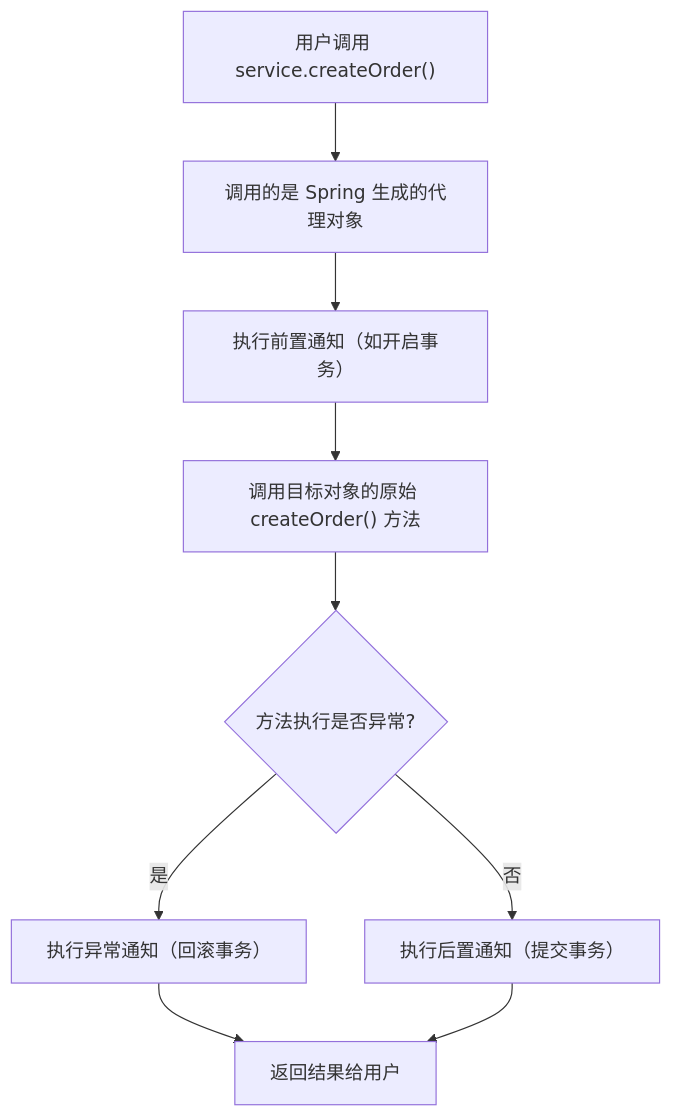
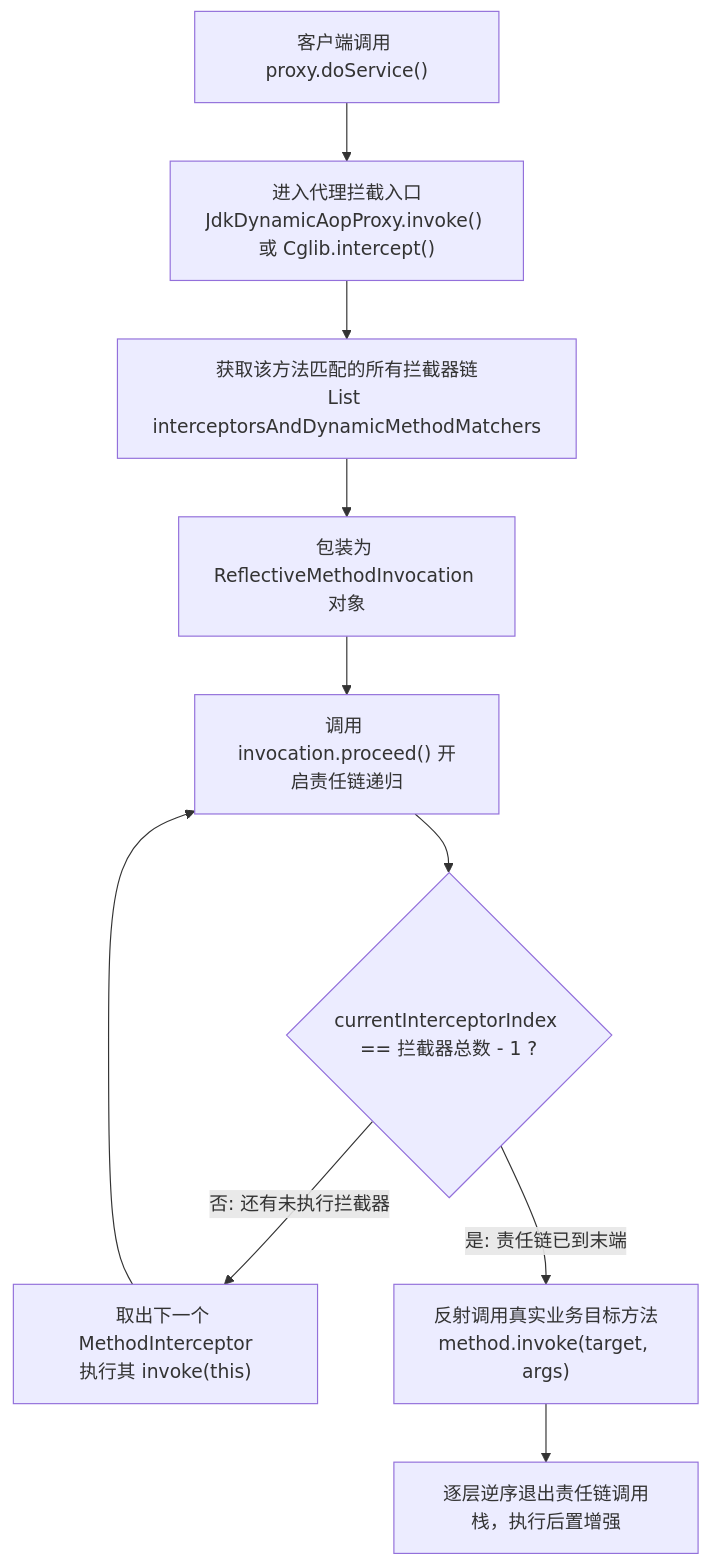
One commit to ldshuihen/Java-Interview-Notes changed the fifth of 15 diagrams in 03-Spring/03-Spring.md. Above: the diagram before and after it, drawn with Mermaid. The commit also changed other lines of this file and 337 other files, not shown here.

````diff
--- a/03-Spring/03-Spring.md
+++ b/03-Spring/03-Spring.md
@@ -4346,11 +2253,12 @@
 ```mermaid
 flowchart TD
-    A["用户调用 service.createOrder()"] --> B[调用的是 Spring 生成的代理对象]
-    B --> C["执行前置通知（如开启事务）"]
-    C --> D["调用目标对象的原始 createOrder() 方法"]
-    D --> E{方法执行是否异常?}
-    E -- 是 --> F["执行异常通知（回滚事务）"]
-    E -- 否 --> G["执行后置通知（提交事务）"]
-    F --> H[返回结果给用户]
-    G --> H
+    A["客户端调用 proxy.doService()"] --> B["进入代理拦截入口<br/>JdkDynamicAopProxy.invoke() 或 Cglib.intercept()"]
+    B --> C["获取该方法匹配的所有拦截器链<br/>List<MethodInterceptor> interceptorsAndDynamicMethodMatchers"]
+    C --> D["包装为 ReflectiveMethodInvocation 对象"]
+    D --> E["调用 invocation.proceed() 开启责任链递归"]
+    E --> F{"currentInterceptorIndex == 拦截器总数 - 1 ?"}
+    F -->|否: 还有未执行拦截器| G["取出下一个 MethodInterceptor<br/>执行其 invoke(this)"]
+    G --> E
+    F -->|是: 责任链已到末端| H["反射调用真实业务目标方法<br/>method.invoke(target, args)"]
+    H --> I["逐层逆序退出责任链调用栈，执行后置增强"]
 ```
````
